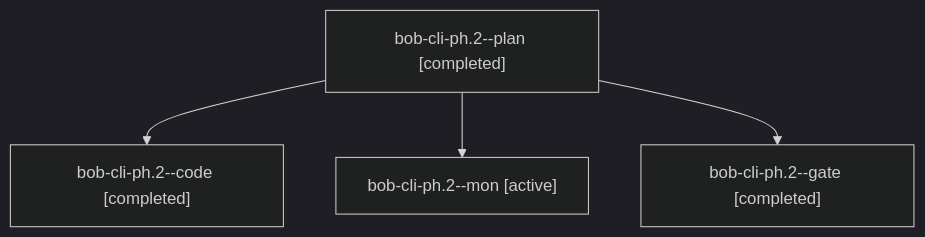
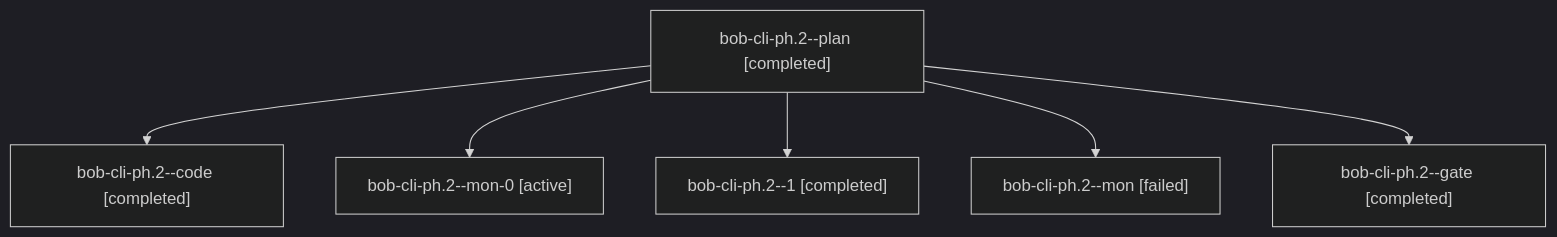
One commit to bobs-org/bob-cli--agents changed the diagram in sessions/bbugyi200.apollo.bob-cli-ph.2.md. Above: the diagram before and after it, drawn with Mermaid (dark theme). The commit also changed other lines of this file and 65 other files, not shown here.

````diff
--- a/sessions/bbugyi200.apollo.bob-cli-ph.2.md
+++ b/sessions/bbugyi200.apollo.bob-cli-ph.2.md
@@ -9,10 +9,14 @@
 ```mermaid
 flowchart TD
   n0["bob-cli-ph.2--plan [completed]"]
   n1["bob-cli-ph.2--code [completed]"]
   n0 --> n1
-  n2["bob-cli-ph.2--mon [active]"]
+  n2["bob-cli-ph.2--mon-0 [active]"]
   n0 --> n2
-  n3["bob-cli-ph.2--gate [completed]"]
+  n3["bob-cli-ph.2--1 [completed]"]
   n0 --> n3
+  n4["bob-cli-ph.2--mon [failed]"]
+  n0 --> n4
+  n5["bob-cli-ph.2--gate [completed]"]
+  n0 --> n5
 ```
````
